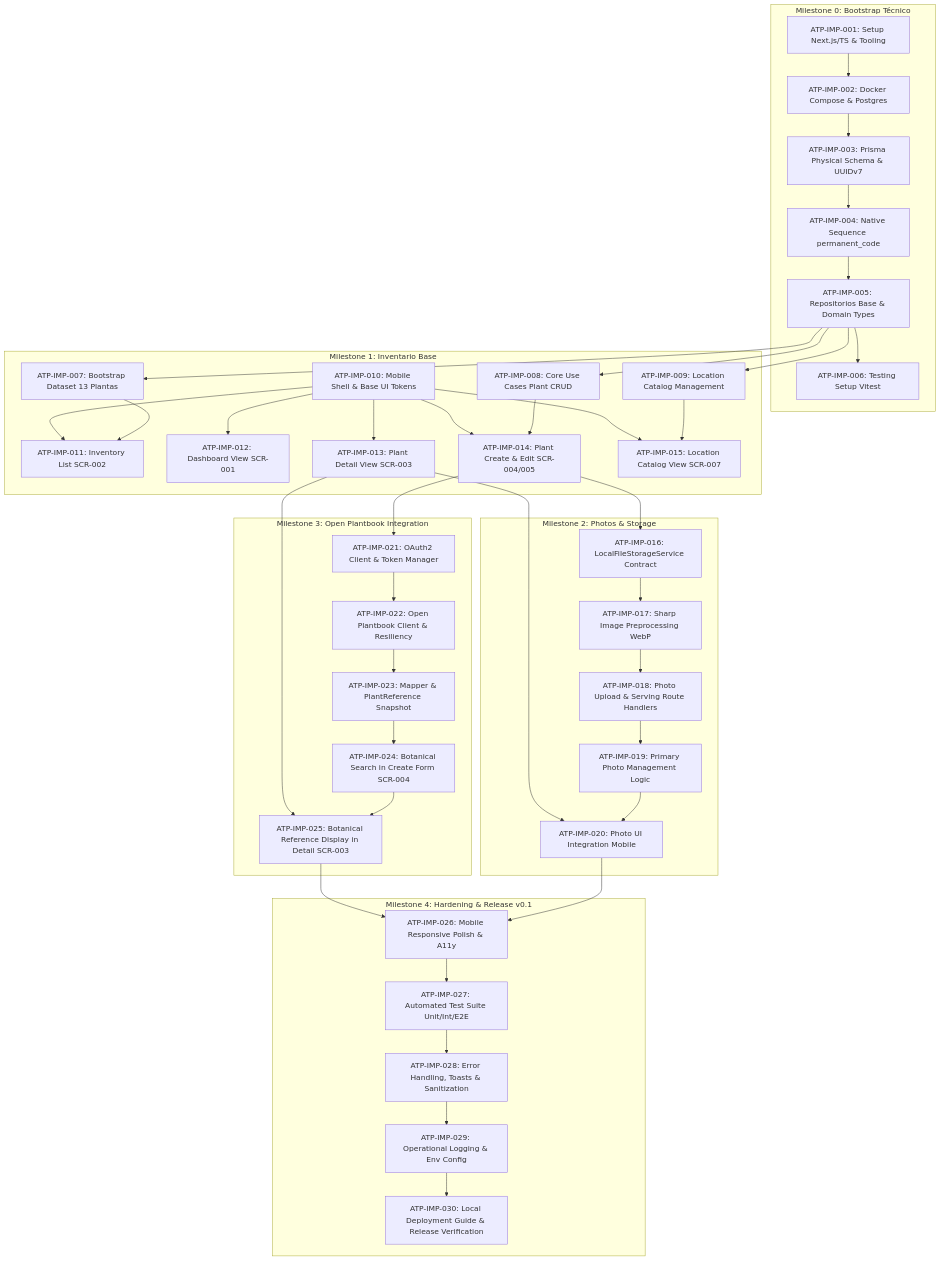
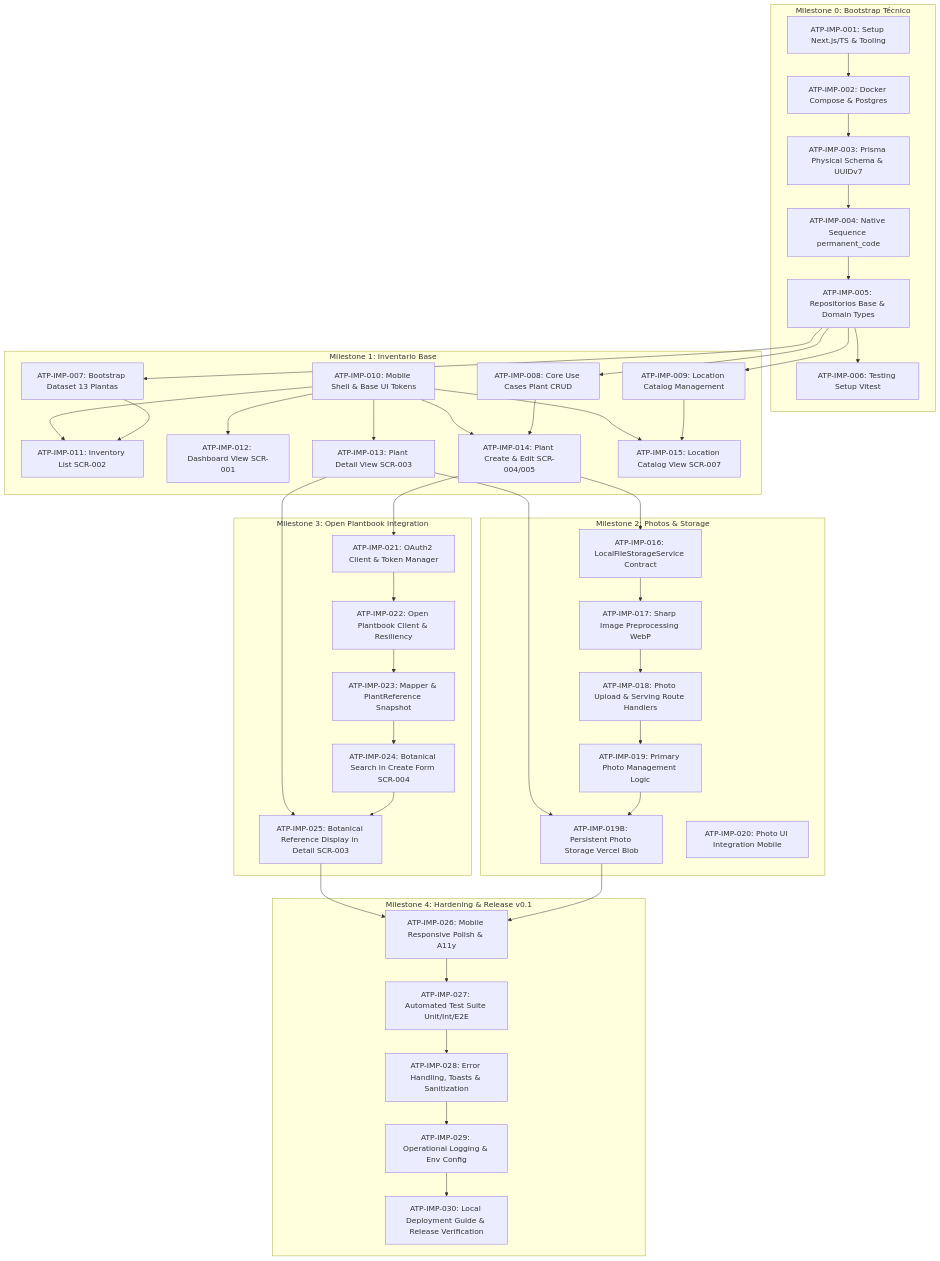
The diagram in 05_IMPLEMENTATION/BACKLOG.md (Cundos/ATP), drawn with Mermaid before and after one commit. The commit also changed other lines of this file and 10 other files, not shown here.

Commit message:
feat: add persistent photo storage for Vercel

````diff
--- a/05_IMPLEMENTATION/BACKLOG.md
+++ b/05_IMPLEMENTATION/BACKLOG.md
@@ -10,72 +10,73 @@
 ```mermaid
 graph TD
     subgraph "Milestone 0: Bootstrap Técnico"
         M0_1[ATP-IMP-001: Setup Next.js/TS & Tooling]
         M0_2[ATP-IMP-002: Docker Compose & Postgres]
         M0_3[ATP-IMP-003: Prisma Physical Schema & UUIDv7]
         M0_4[ATP-IMP-004: Native Sequence permanent_code]
         M0_5[ATP-IMP-005: Repositorios Base & Domain Types]
         M0_6[ATP-IMP-006: Testing Setup Vitest]
     end
 
     subgraph "Milestone 1: Inventario Base"
         M1_1[ATP-IMP-007: Bootstrap Dataset 13 Plantas]
         M1_2[ATP-IMP-008: Core Use Cases Plant CRUD]
         M1_3[ATP-IMP-009: Location Catalog Management]
         M1_4[ATP-IMP-010: Mobile Shell & Base UI Tokens]
         M1_5[ATP-IMP-011: Inventory List SCR-002]
         M1_6[ATP-IMP-012: Dashboard View SCR-001]
         M1_7[ATP-IMP-013: Plant Detail View SCR-003]
         M1_8[ATP-IMP-014: Plant Create & Edit SCR-004/005]
         M1_9[ATP-IMP-015: Location Catalog View SCR-007]
     end
 
     subgraph "Milestone 2: Photos & Storage"
         M2_1[ATP-IMP-016: LocalFileStorageService Contract]
         M2_2[ATP-IMP-017: Sharp Image Preprocessing WebP]
         M2_3[ATP-IMP-018: Photo Upload & Serving Route Handlers]
         M2_4[ATP-IMP-019: Primary Photo Management Logic]
-        M2_5[ATP-IMP-020: Photo UI Integration Mobile]
+        M2_5[ATP-IMP-019B: Persistent Photo Storage Vercel Blob]
+        M2_6[ATP-IMP-020: Photo UI Integration Mobile]
     end
 
     subgraph "Milestone 3: Open Plantbook Integration"
         M3_1[ATP-IMP-021: OAuth2 Client & Token Manager]
         M3_2[ATP-IMP-022: Open Plantbook Client & Resiliency]
         M3_3[ATP-IMP-023: Mapper & PlantReference Snapshot]
         M3_4[ATP-IMP-024: Botanical Search in Create Form SCR-004]
         M3_5[ATP-IMP-025: Botanical Reference Display in Detail SCR-003]
     end
 
     subgraph "Milestone 4: Hardening & Release v0.1"
         M4_1[ATP-IMP-026: Mobile Responsive Polish & A11y]
         M4_2[ATP-IMP-027: Automated Test Suite Unit/Int/E2E]
         M4_3[ATP-IMP-028: Error Handling, Toasts & Sanitization]
         M4_4[ATP-IMP-029: Operational Logging & Env Config]
         M4_5[ATP-IMP-030: Local Deployment Guide & Release Verification]
     end
 
     M0_1 --> M0_2 --> M0_3 --> M0_4 --> M0_5 --> M0_6
     M0_5 --> M1_1
     M0_5 --> M1_2
     M0_5 --> M1_3
     M1_1 --> M1_5
     M1_2 --> M1_8
     M1_3 --> M1_9
     M1_4 --> M1_5
     M1_4 --> M1_6
     M1_4 --> M1_7
     M1_4 --> M1_8
     M1_4 --> M1_9
     
     M1_8 --> M2_1
     M2_1 --> M2_2 --> M2_3 --> M2_4 --> M2_5
     M1_7 --> M2_5
     
     M1_8 --> M3_1
     M3_1 --> M3_2 --> M3_3 --> M3_4 --> M3_5
     M1_7 --> M3_5
     
     M2_5 --> M4_1
     M3_5 --> M4_1
     M4_1 --> M4_2 --> M4_3 --> M4_4 --> M4_5
 ```
````
